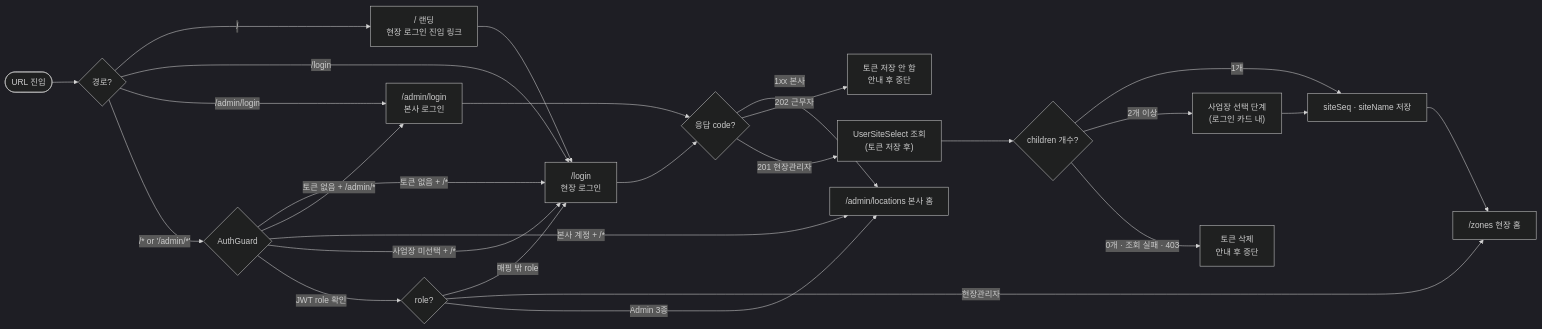
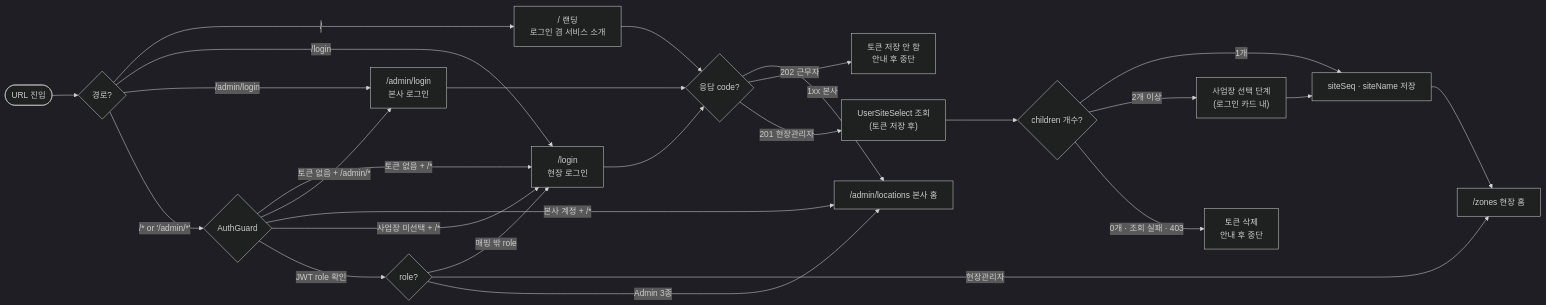
Before and after one commit to S-Tec-System-R-D/s-patrol_fe: the first of 15 diagrams in docs/flow.md, drawn with Mermaid. The commit also changed other lines of this file and 5 other files, not shown here.

Commit message:
docs : 062 — spec · tasks(T1070~T1079 · 결정 표 · 위험도 C → B) · 목업 ui-mock/login-landing-mock.webp(배치 참고) · screens 랜딩 ✓ · flow §0 규칙 · 다이어그램 3곳 · roadmap 062 행 · Phase 6 남은 항목에서 랜딩 제거

````diff
--- a/docs/flow.md
+++ b/docs/flow.md
@@ -18,35 +18,35 @@
 ```mermaid
 %%{init: {'theme':'dark'}}%%
 flowchart LR
     Visit([URL 진입]) --> Path{경로?}
 
-    Path -- "/" --> Landing["/ 랜딩<br/>현장 로그인 진입 링크"]
-    Landing --> Login
+    Path -- "/" --> Landing["/ 랜딩<br/>로그인 겸 서비스 소개"]
+    Landing --> LoginPost
 
     Path -- "/login" --> Login["/login<br/>현장 로그인"]
     Path -- "/admin/login" --> AdminLogin["/admin/login<br/>본사 로그인"]
     Path -- "/*" or '/admin/*' --> Guard{AuthGuard}
 
     Guard -- "토큰 없음 + /*" --> Login
     Guard -- "토큰 없음 + /admin/*" --> AdminLogin
     Guard -- "본사 계정 + /*" --> AdminHome
     Guard -- "사업장 미선택 + /*" --> Login
     Guard -- "JWT role 확인" --> Role{"role?"}
 
     Role -- "매핑 밖 role" --> Login
     Role -- 현장관리자 --> ServiceHome["/zones 현장 홈"]
     Role -- Admin 3종 --> AdminHome["/admin/locations 본사 홈"]
 
     Login --> LoginPost{"응답 code?"}
     AdminLogin --> LoginPost
     LoginPost -- "1xx 본사" --> AdminHome
     LoginPost -- "202 근무자" --> Deny["토큰 저장 안 함<br/>안내 후 중단"]
     LoginPost -- "201 현장관리자" --> SiteFetch["UserSiteSelect 조회<br/>(토큰 저장 후)"]
 
     SiteFetch --> SiteCount{"children 개수?"}
     SiteCount -- "1개" --> SiteSave
     SiteCount -- "2개 이상" --> SitePick["사업장 선택 단계<br/>(로그인 카드 내)"]
     SiteCount -- "0개 · 조회 실패 · 403" --> SiteDeny["토큰 삭제<br/>안내 후 중단"]
     SitePick --> SiteSave["siteSeq · siteName 저장"]
     SiteSave --> ServiceHome
 ```
````
